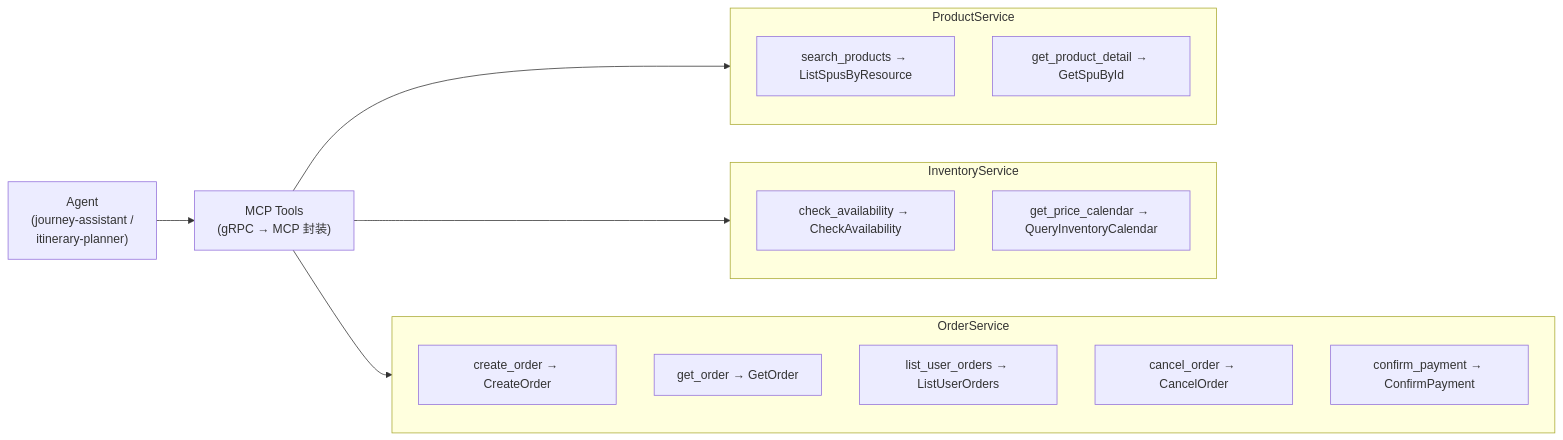
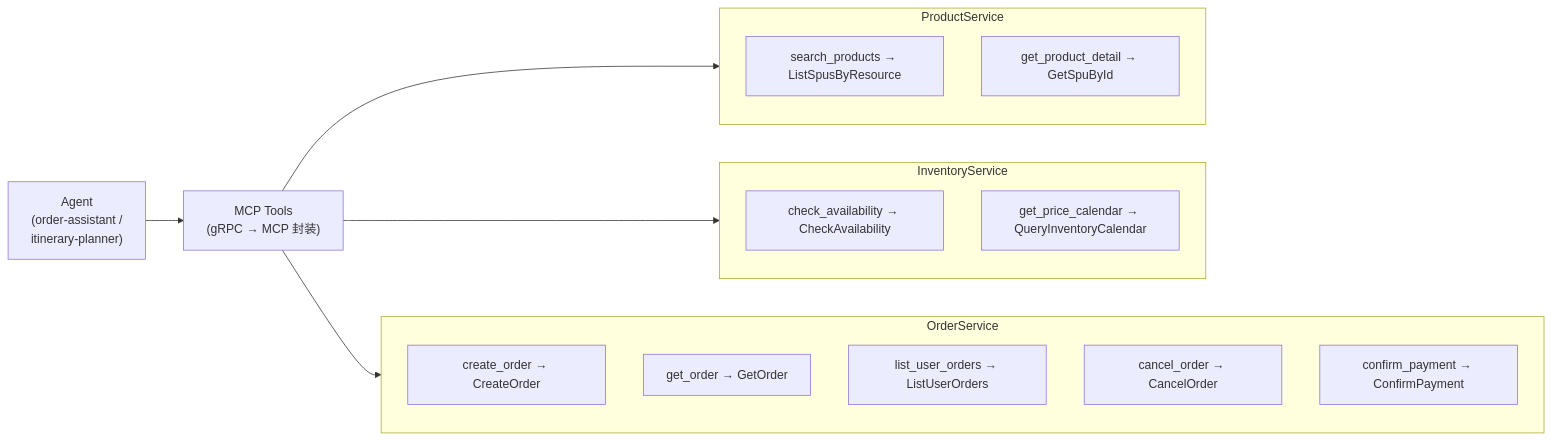
Before and after one commit to DqChen77/TripSphere: the eighth of 8 diagrams in docs/commerce.md, drawn with Mermaid. The commit also changed 33 other files, not shown here.

Commit message:
refactor: Rename journey assistant to order assistant, update related configurations, and integrate order management tools for enhanced service capabilities (#22)

````diff
--- a/docs/commerce.md
+++ b/docs/commerce.md
@@ -564,28 +564,28 @@
 ```mermaid
 flowchart LR
-    Agent["Agent<br/>(journey-assistant /<br/>itinerary-planner)"]
+    Agent["Agent<br/>(order-assistant /<br/>itinerary-planner)"]
 
     Agent --> MCP["MCP Tools<br/>(gRPC → MCP 封装)"]
 
     subgraph ProductService["ProductService"]
         T1["search_products → ListSpusByResource"]
         T2["get_product_detail → GetSpuById"]
     end
 
     subgraph InventoryService["InventoryService"]
         T3["check_availability → CheckAvailability"]
         T4["get_price_calendar → QueryInventoryCalendar"]
     end
 
     subgraph OrderService["OrderService"]
         T5["create_order → CreateOrder"]
         T6["get_order → GetOrder"]
         T7["list_user_orders → ListUserOrders"]
         T8["cancel_order → CancelOrder"]
         T9["confirm_payment → ConfirmPayment"]
     end
 
     MCP --> ProductService
     MCP --> InventoryService
     MCP --> OrderService
 ```
````
